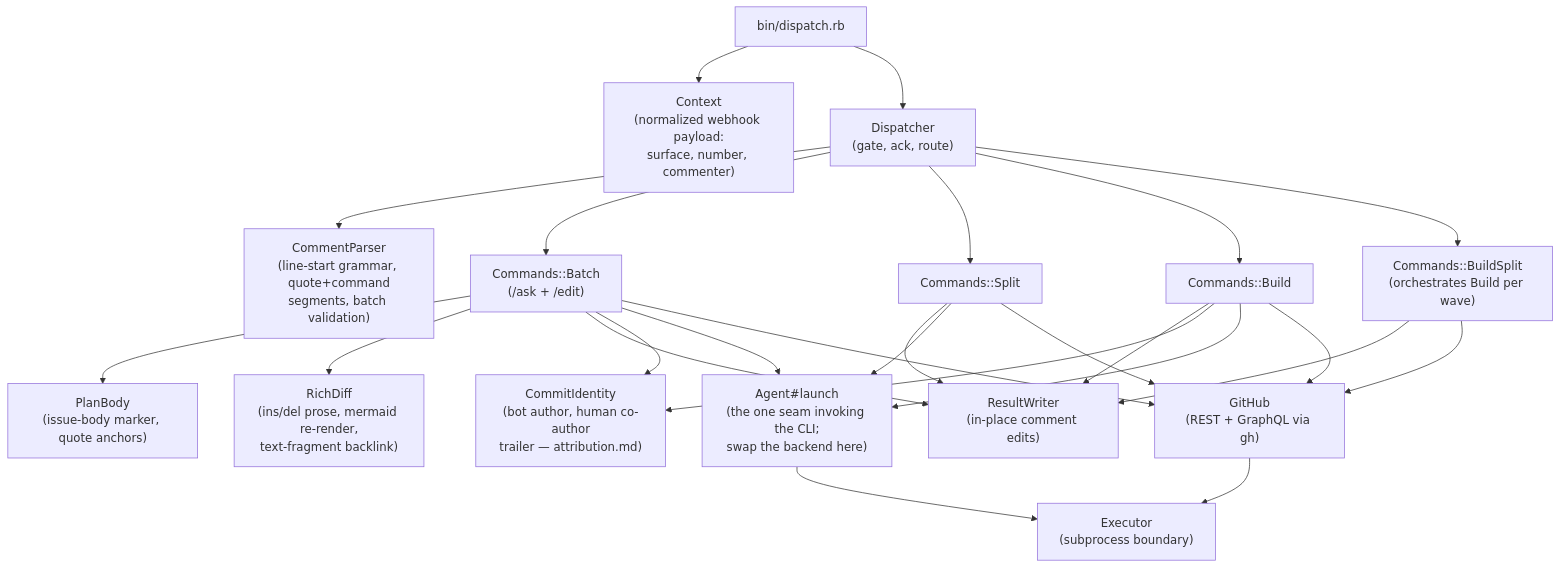
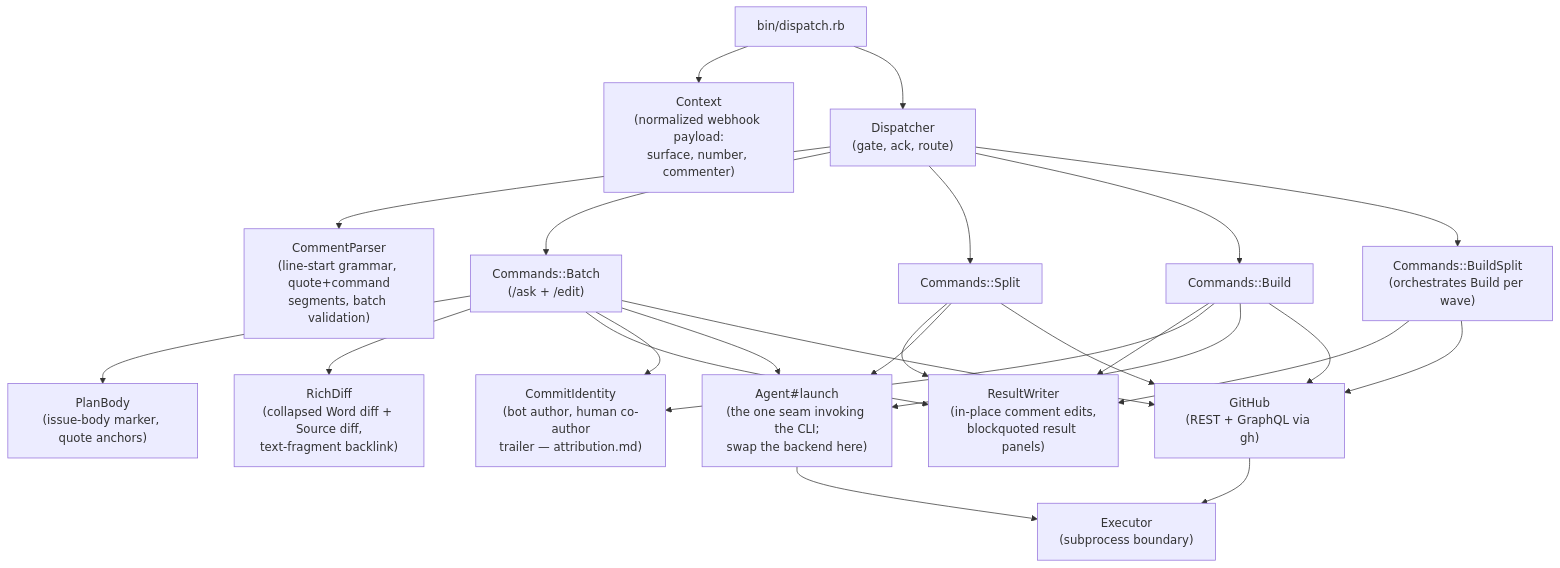
The third of 5 diagrams in docs/architecture.md (d3mlabs/ai-flow), drawn with Mermaid before and after one commit. The commit also changed other lines of this file and 7 other files, not shown here.

First line of the commit message:
Collapse /edit rich diffs into a blockquoted result panel

````diff
--- a/docs/architecture.md
+++ b/docs/architecture.md
@@ -107,29 +107,29 @@
 ```mermaid
 flowchart TD
     entry["bin/dispatch.rb"] --> ctx["Context<br/>(normalized webhook payload:<br/>surface, number, commenter)"]
     entry --> disp["Dispatcher<br/>(gate, ack, route)"]
     disp --> parser["CommentParser<br/>(line-start grammar, quote+command<br/>segments, batch validation)"]
     disp --> batchCmd["Commands::Batch<br/>(/ask + /edit)"]
     disp --> splitCmd["Commands::Split"]
     disp --> buildCmd["Commands::Build"]
     disp --> buildSplitCmd["Commands::BuildSplit<br/>(orchestrates Build per wave)"]
 
     batchCmd --> planBody["PlanBody<br/>(issue-body marker, quote anchors)"]
-    batchCmd --> richDiff["RichDiff<br/>(ins/del prose, mermaid re-render,<br/>text-fragment backlink)"]
-    batchCmd --> resultWriter["ResultWriter<br/>(in-place comment edits)"]
+    batchCmd --> richDiff["RichDiff<br/>(collapsed Word diff + Source diff,<br/>text-fragment backlink)"]
+    batchCmd --> resultWriter["ResultWriter<br/>(in-place comment edits,<br/>blockquoted result panels)"]
     splitCmd --> resultWriter
     buildCmd --> resultWriter
     buildSplitCmd --> resultWriter
     buildCmd --> commitIdentity["CommitIdentity<br/>(bot author, human co-author<br/>trailer — attribution.md)"]
     batchCmd --> commitIdentity
 
     batchCmd --> agent["Agent#launch<br/>(the one seam invoking the CLI;<br/>swap the backend here)"]
     splitCmd --> agent
     buildCmd --> agent
     batchCmd --> gh["GitHub<br/>(REST + GraphQL via gh)"]
     splitCmd --> gh
     buildCmd --> gh
     buildSplitCmd --> gh
     agent --> exec["Executor<br/>(subprocess boundary)"]
     gh --> exec
 ```
````
